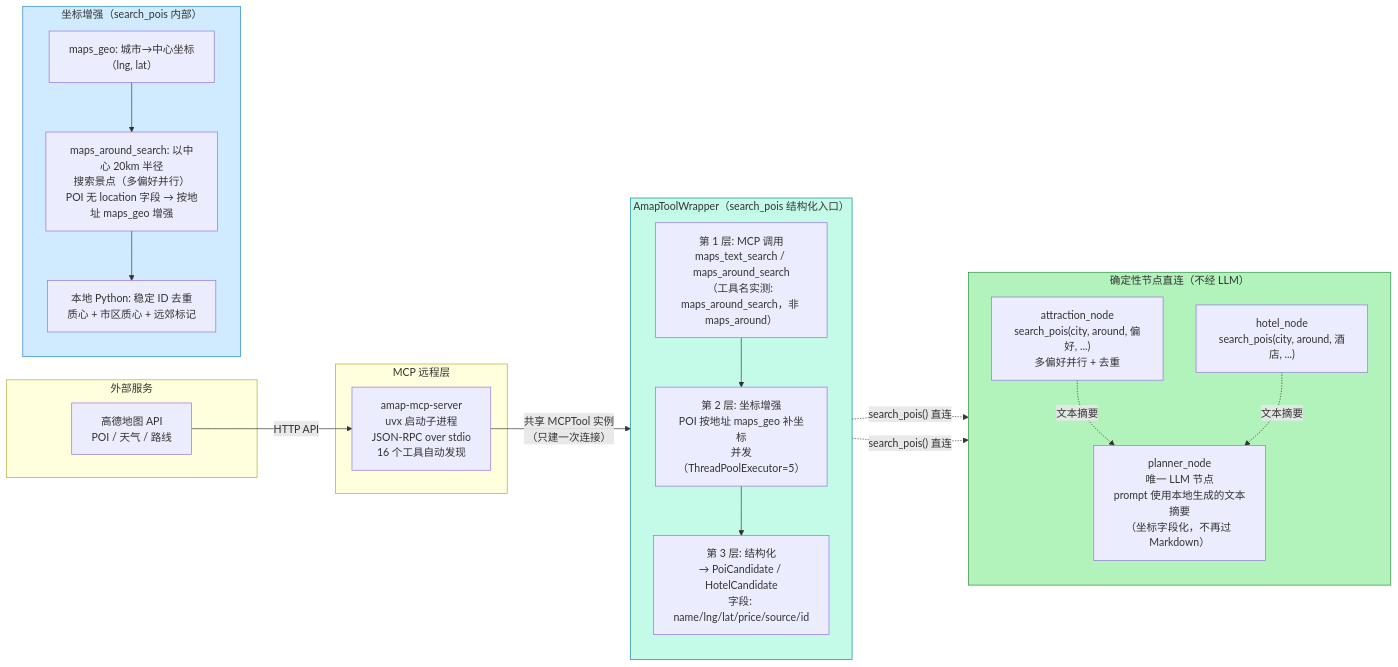
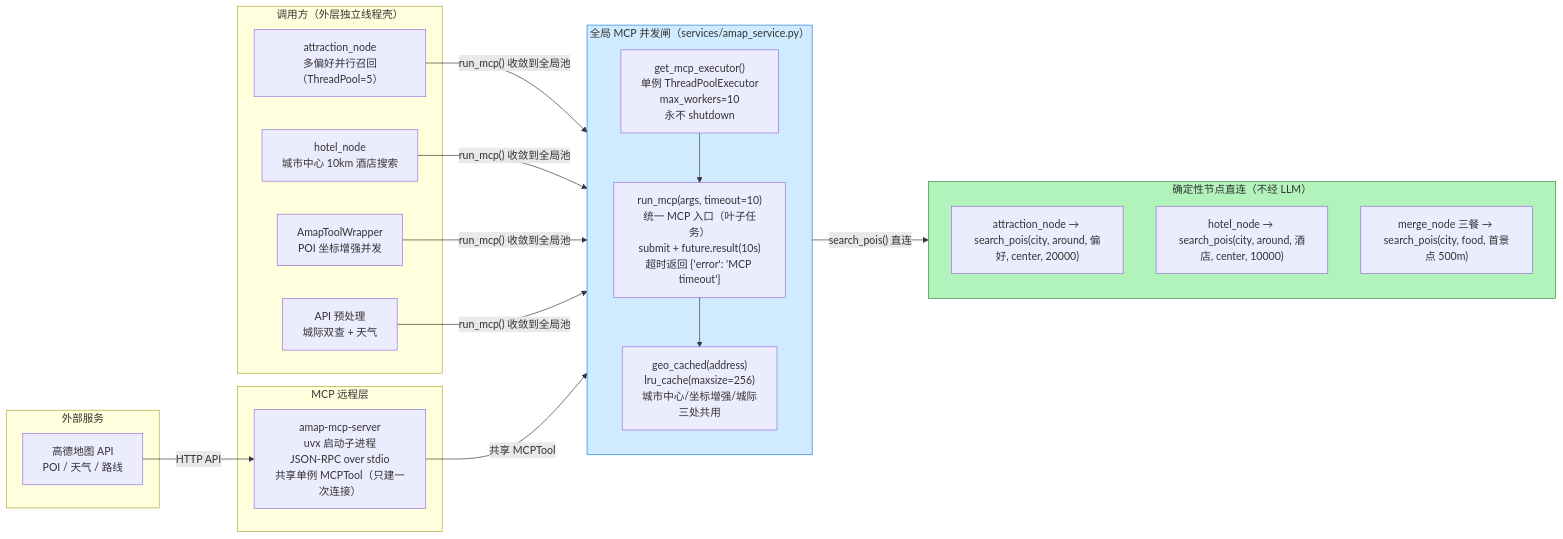
One commit to SuperGODOG/tripplanner changed the sixth of 9 diagrams in ARCHITECTURE.md. Above: the diagram before and after it, drawn with Mermaid. The commit also changed other lines of this file and 4 other files, not shown here.

First line of the commit message:
docs: README 重写美化（mermaid 架构图 + badges）+ 架构文档全面同步 v3

````diff
--- a/ARCHITECTURE.md
+++ b/ARCHITECTURE.md
@@ -172,44 +262,39 @@
 ```mermaid
 flowchart LR
     subgraph External["外部服务"]
         AMAP["高德地图 API<br/>POI / 天气 / 路线"]
     end
 
     subgraph MCPLayer["MCP 远程层"]
-        MCPSRV["amap-mcp-server<br/>uvx 启动子进程<br/>JSON-RPC over stdio<br/>16 个工具自动发现"]
+        MCPSRV["amap-mcp-server<br/>uvx 启动子进程<br/>JSON-RPC over stdio<br/>共享单例 MCPTool（只建一次连接）"]
     end
 
-    subgraph GeoEnhance["坐标增强（search_pois 内部）"]
+    subgraph Gate["全局 MCP 并发闸（services/amap_service.py）"]
         direction TB
-        GEO1["maps_geo: 城市→中心坐标<br/>（lng, lat）"]
-        GEO2["maps_around_search: 以中心 20km 半径<br/>搜索景点（多偏好并行）<br/>POI 无 location 字段 → 按地址 maps_geo 增强"]
-        GEO3["本地 Python: 稳定 ID 去重<br/>质心 + 市区质心 + 远郊标记"]
-        GEO1 --> GEO2 --> GEO3
+        G1["get_mcp_executor()<br/>单例 ThreadPoolExecutor<br/>max_workers=10<br/>永不 shutdown"]
+        G2["run_mcp(args, timeout=10)<br/>统一 MCP 入口（叶子任务）<br/>submit + future.result(10s)<br/>超时返回 {'error': 'MCP timeout'}"]
+        G3["geo_cached(address)<br/>lru_cache(maxsize=256)<br/>城市中心/坐标增强/城际<br/>三处共用"]
+        G1 --> G2 --> G3
     end
 
-    subgraph WrapperLayer["AmapToolWrapper（search_pois 结构化入口）"]
-        direction TB
-        L1["第 1 层: MCP 调用<br/>maps_text_search / maps_around_search<br/>（工具名实测: maps_around_search，非 maps_around）"]
-        L2["第 2 层: 坐标增强<br/>POI 按地址 maps_geo 补坐标<br/>并发（ThreadPoolExecutor=5）"]
-        L3["第 3 层: 结构化<br/>→ PoiCandidate / HotelCandidate<br/>字段: name/lng/lat/price/source/id"]
-        L1 --> L2 --> L3
+    subgraph Callers["调用方（外层独立线程壳）"]
+        C1["attraction_node<br/>多偏好并行召回（ThreadPool=5）"]
+        C2["hotel_node<br/>城市中心 10km 酒店搜索"]
+        C3["AmapToolWrapper<br/>POI 坐标增强并发"]
+        C4["API 预处理<br/>城际双查 + 天气"]
     end
 
     subgraph NodeLayer["确定性节点直连（不经 LLM）"]
-        direction TB
-        A1["attraction_node<br/>search_pois(city, around, 偏好, ...)<br/>多偏好并行 + 去重"]
-        A3["hotel_node<br/>search_pois(city, around, 酒店, ...)"]
-        A4["planner_node<br/>唯一 LLM 节点<br/>prompt 使用本地生成的文本摘要<br/>（坐标字段化，不再过 Markdown）"]
+        A1["attraction_node → search_pois(city, around, 偏好, center, 20000)"]
+        A2["hotel_node → search_pois(city, around, 酒店, center, 10000)"]
+        A3["merge_node 三餐 → search_pois(city, food, 首景点 500m)"]
     end
 
     AMAP -->|"HTTP API"| MCPSRV
-    MCPSRV -->|"共享 MCPTool 实例<br/>（只建一次连接）"| WrapperLayer
-    WrapperLayer -.->|"search_pois() 直连"| A1
-    WrapperLayer -.->|"search_pois() 直连"| A3
-    A1 -.->|"文本摘要"| A4
-    A3 -.->|"文本摘要"| A4
+    MCPSRV -->|"共享 MCPTool"| Gate
+    C1 & C2 & C3 & C4 -->|"run_mcp() 收敛到全局池"| G2
+    Gate -->|"search_pois() 直连"| NodeLayer
 
-    style GeoEnhance fill:#d0ebff,stroke:#1c7ed6
-    style WrapperLayer fill:#c3fae8,stroke:#0c8599
+    style Gate fill:#d0ebff,stroke:#1c7ed6
     style NodeLayer fill:#b2f2bb,stroke:#2b8a3e
 ```
````
